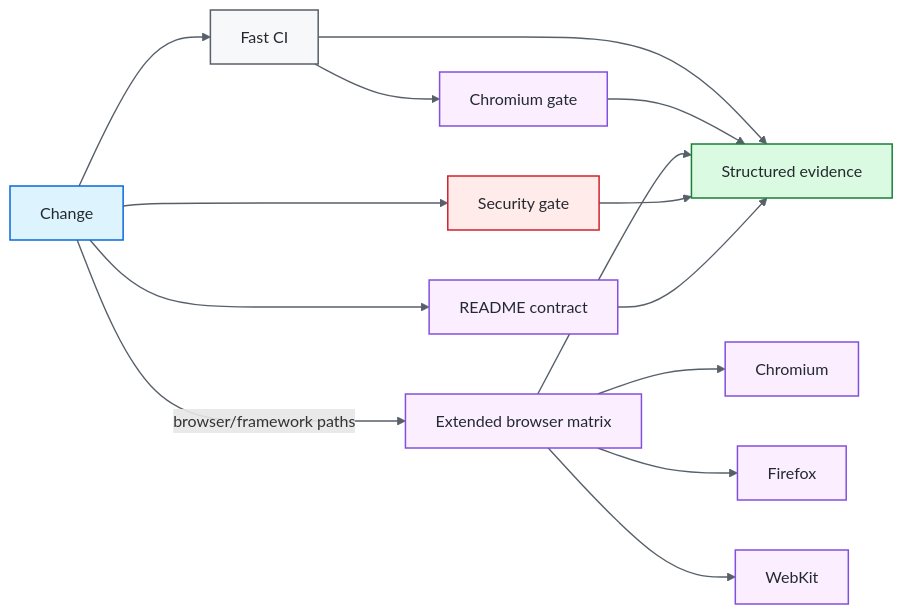
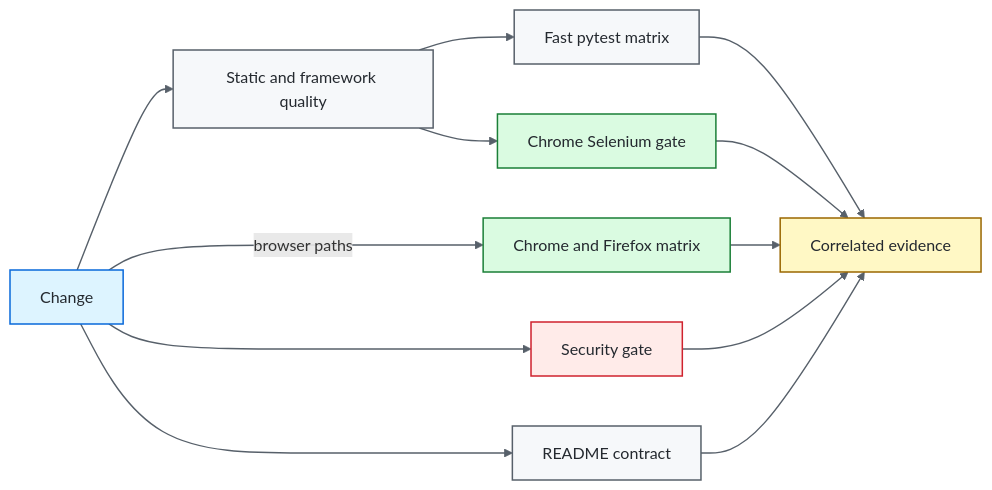
The first of 2 diagrams in README.md (portyu9/qa-automation-python-pytest), drawn with Mermaid before and after one commit. The commit also changed other lines of this file, not shown here.

Commit message:
Align pytest documentation with Selenium browser architecture

````diff
--- a/README.md
+++ b/README.md
@@ -39,28 +39,26 @@
 ```mermaid
 flowchart LR
-    CHANGE[Change] --> FAST[Fast CI]
+    CHANGE[Change] --> QUALITY[Static and framework quality]
+    QUALITY --> FAST[Fast pytest matrix]
+    QUALITY --> BROWSER[Chrome Selenium gate]
     CHANGE --> SEC[Security gate]
     CHANGE --> DOCS[README contract]
-    FAST --> BROWSER[Chromium gate]
-    CHANGE -->|browser/framework paths| EXT[Extended browser matrix]
-    EXT --> CH[Chromium]
-    EXT --> FF[Firefox]
-    EXT --> WK[WebKit]
-    FAST --> OBS[Structured evidence]
-    BROWSER --> OBS
-    EXT --> OBS
-    SEC --> OBS
-    DOCS --> OBS
+    CHANGE -->|browser paths| EXT[Chrome and Firefox matrix]
+    FAST --> EVIDENCE[Correlated evidence]
+    BROWSER --> EVIDENCE
+    EXT --> EVIDENCE
+    SEC --> EVIDENCE
+    DOCS --> EVIDENCE
 
     classDef entry fill:#ddf4ff,stroke:#0969da,color:#24292f,stroke-width:1.5px;
     classDef core fill:#f6f8fa,stroke:#57606a,color:#24292f,stroke-width:1.5px;
-    classDef gate fill:#fbefff,stroke:#8250df,color:#24292f,stroke-width:1.5px;
-    classDef evidence fill:#dafbe1,stroke:#1a7f37,color:#24292f,stroke-width:1.5px;
+    classDef browser fill:#dafbe1,stroke:#1a7f37,color:#24292f,stroke-width:1.5px;
     classDef security fill:#ffebe9,stroke:#cf222e,color:#24292f,stroke-width:1.5px;
+    classDef evidence fill:#fff8c5,stroke:#9a6700,color:#24292f,stroke-width:1.5px;
     class CHANGE entry;
-    class FAST core;
-    class BROWSER,EXT,CH,FF,WK,DOCS gate;
+    class QUALITY,FAST,DOCS core;
+    class BROWSER,EXT browser;
     class SEC security;
-    class OBS evidence;
+    class EVIDENCE evidence;
     linkStyle default stroke:#57606a,stroke-width:1.4px;
 ```
````
